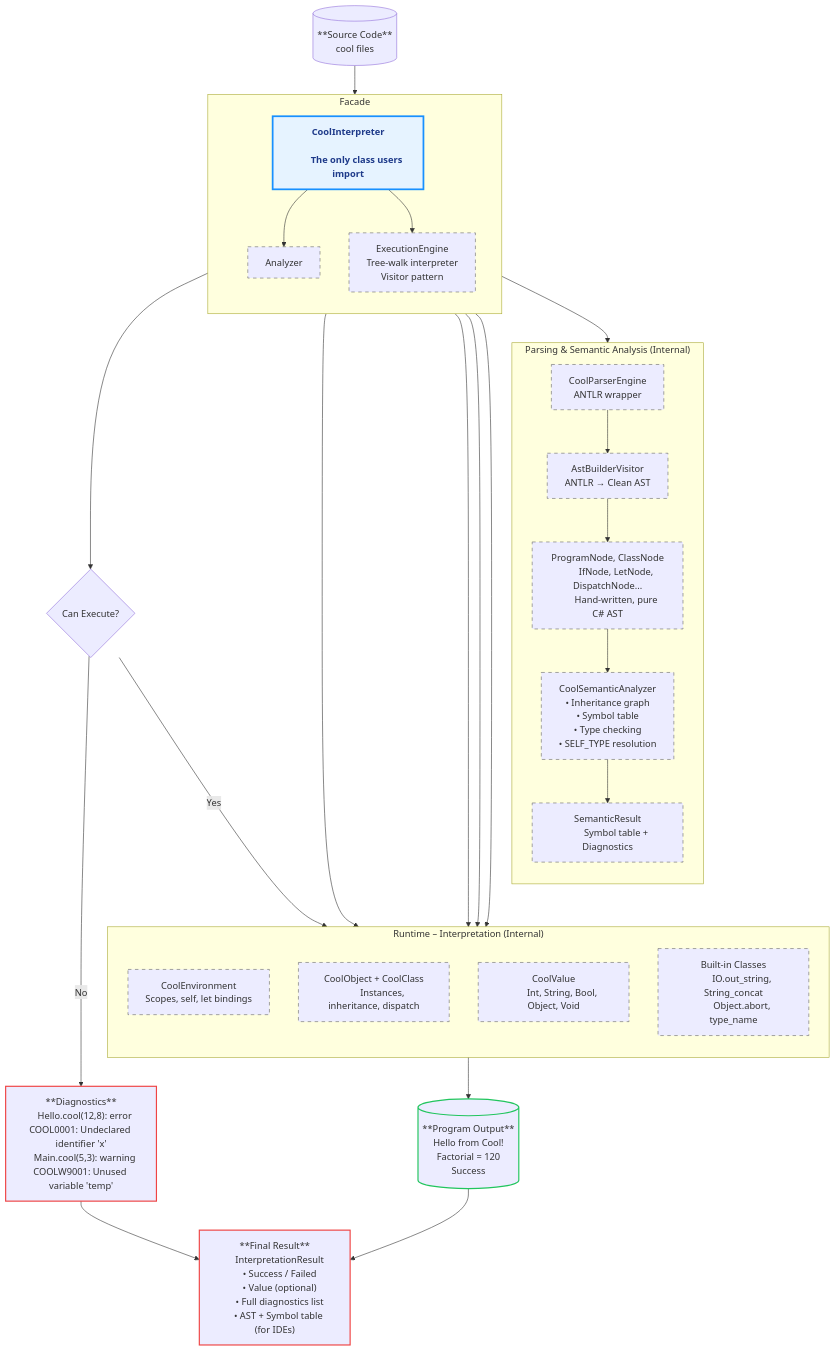
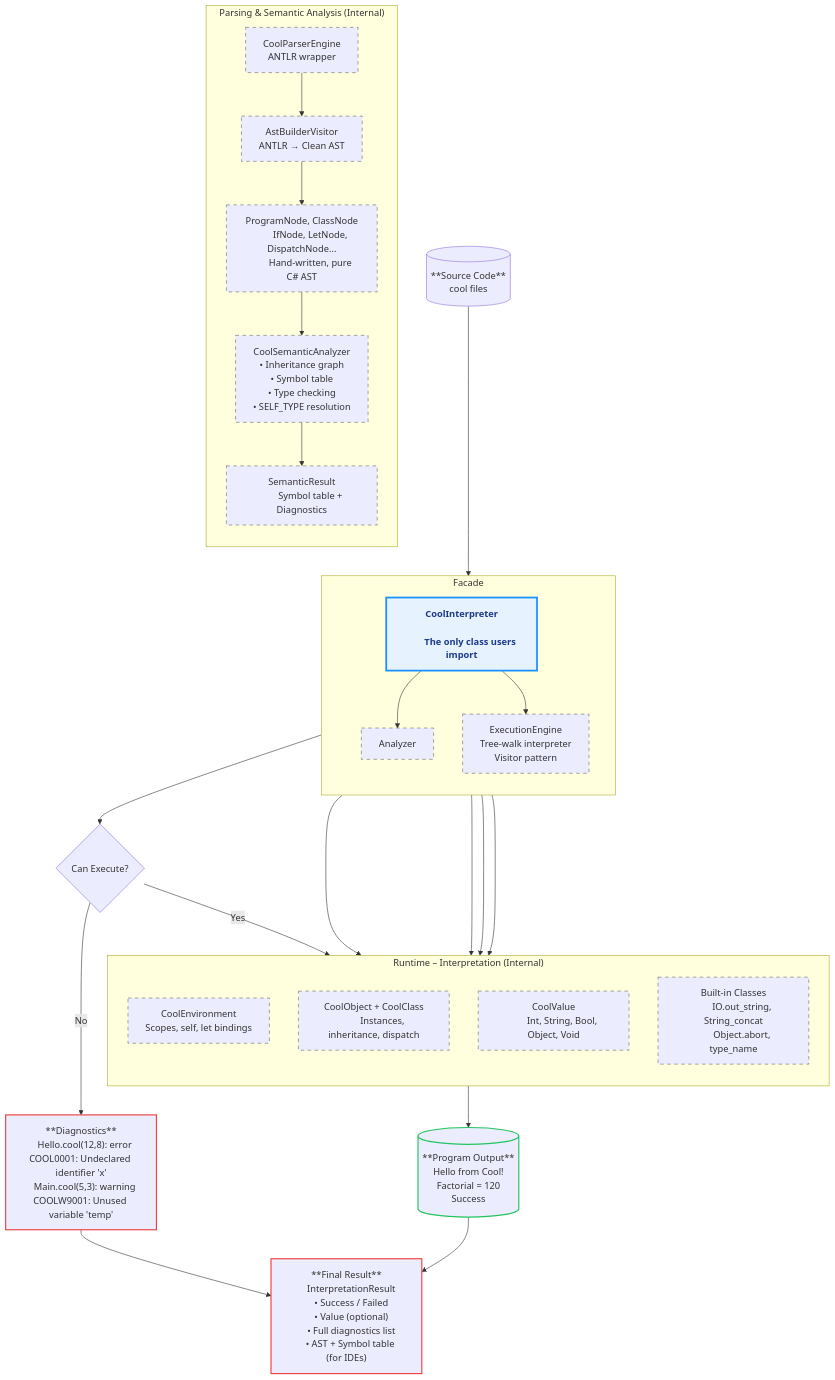
The diagram in README.md (michifueby/Cool-Interpreter), drawn with Mermaid before and after one commit.

Commit message:
Remove Analyzer to Parser connection in README

```diff
--- a/README.md
+++ b/README.md
@@ -23,7 +23,6 @@
     subgraph Frontend ["Parsing & Semantic Analysis (Internal)"]
         direction TB
 
-        Analyzer --> Parser
         Parser[CoolParserEngine
         ANTLR wrapper]
 
```
